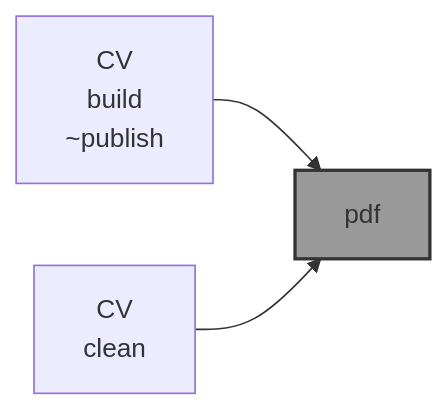
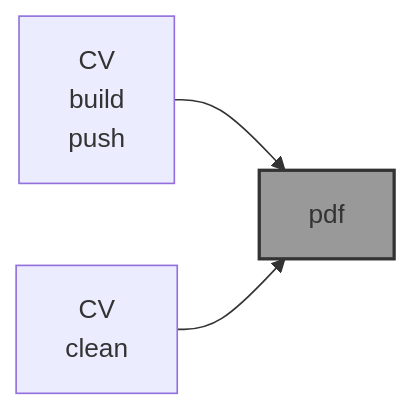
One commit to kamangir/CV changed the diagram in README.md. Above: the diagram before and after it, drawn with Mermaid. The commit also changed 1 other file, not shown here.

Commit message:
doc++ - kamangir/bolt#746

````diff
--- a/README.md
+++ b/README.md
@@ -9,11 +9,11 @@
 ```mermaid
 graph LR
-    build["CV<br>build<br>~publish"]
+    build["CV<br>build<br>push"]
     clean["CV<br>clean"]
     CV["pdf"]:::folder
 
     build --> CV
     clean --> CV
 
     classDef folder fill:#999,stroke:#333,stroke-width:2px;
 ```
````
